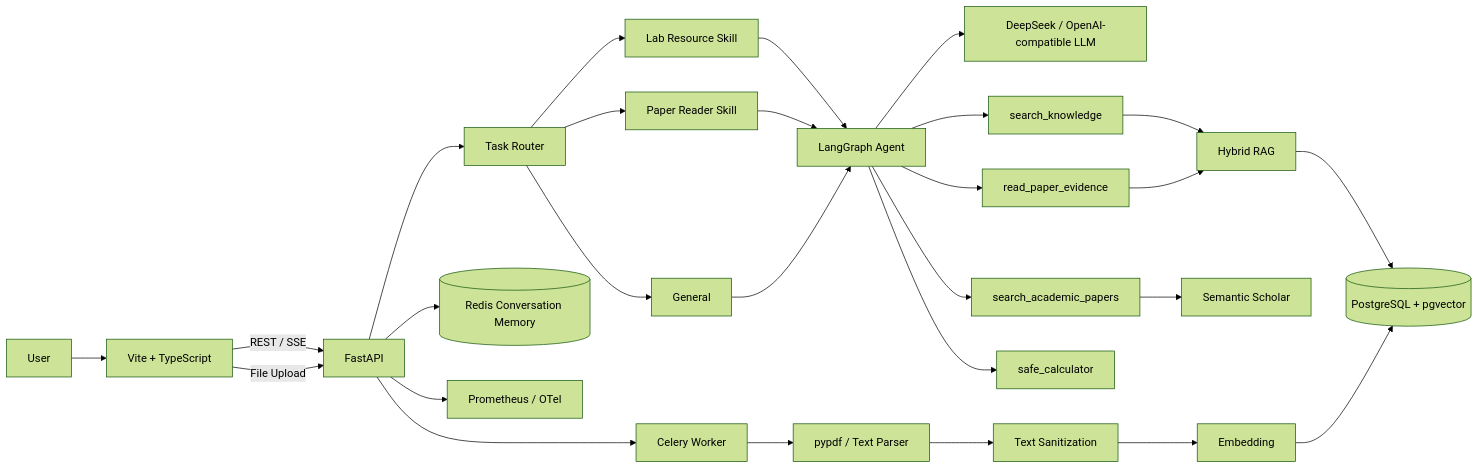
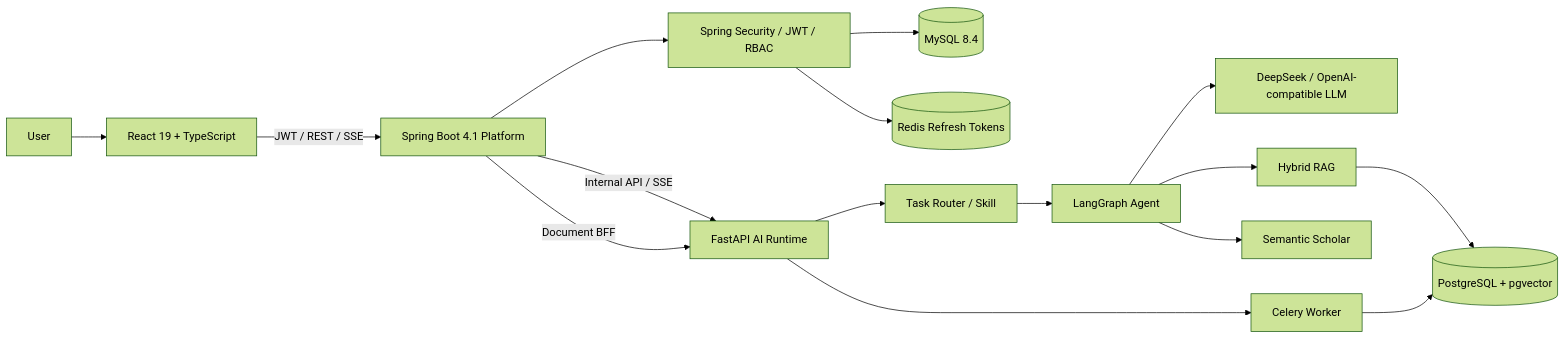
The diagram in README.md (jmhngnl/EduAgent-Hub), drawn with Mermaid (forest theme) before and after one commit. The commit also changed other lines of this file and 54 other files, not shown here.

Commit message:
feat: complete EduAgent Hub v2.2 identity and RBAC

````diff
--- a/README.md
+++ b/README.md
@@ -86,39 +78,21 @@
 ```mermaid
 flowchart LR
-    U[User] --> FE[Vite + TypeScript]
+    U[User] --> FE[React 19 + TypeScript]
+    FE -->|JWT / REST / SSE| JAVA[Spring Boot 4.1 Platform]
 
-    FE -->|REST / SSE| API[FastAPI]
+    JAVA --> AUTH[Spring Security / JWT / RBAC]
+    AUTH --> MYSQL[(MySQL 8.4)]
+    AUTH --> REDIS[(Redis Refresh Tokens)]
 
-    API --> ROUTER[Task Router]
-    ROUTER --> LABSKILL[Lab Resource Skill]
-    ROUTER --> PAPERSKILL[Paper Reader Skill]
-    ROUTER --> GENERAL[General]
+    JAVA -->|Internal API / SSE| PY[FastAPI AI Runtime]
+    PY --> ROUTER[Task Router / Skill]
+    ROUTER --> AGENT[LangGraph Agent]
+    AGENT --> LLM[DeepSeek / OpenAI-compatible LLM]
+    AGENT --> RAG[Hybrid RAG]
+    RAG --> PG[(PostgreSQL + pgvector)]
+    AGENT --> SS[Semantic Scholar]
 
-    LABSKILL --> AGENT[LangGraph Agent]
-    PAPERSKILL --> AGENT
-    GENERAL --> AGENT
-
-    AGENT --> LLM[DeepSeek / OpenAI-compatible LLM]
-
-    AGENT --> LABTOOL[search_knowledge]
-    AGENT --> PAPERTOOL[read_paper_evidence]
-    AGENT --> SEARCHTOOL[search_academic_papers]
-    AGENT --> CALC[safe_calculator]
-
-    LABTOOL --> RAG[Hybrid RAG]
-    PAPERTOOL --> RAG
-    RAG --> PG[(PostgreSQL + pgvector)]
-
-    SEARCHTOOL --> SS[Semantic Scholar]
-
-    API --> REDIS[(Redis Conversation Memory)]
-
-    FE -->|File Upload| API
-    API --> CELERY[Celery Worker]
-    CELERY --> PARSER[pypdf / Text Parser]
-    PARSER --> CLEAN[Text Sanitization]
-    CLEAN --> EMB[Embedding]
-    EMB --> PG
-
-    API --> OBS[Prometheus / OTel]
+    JAVA -->|Document BFF| PY
+    PY --> CELERY[Celery Worker]
+    CELERY --> PG
 ```
````
